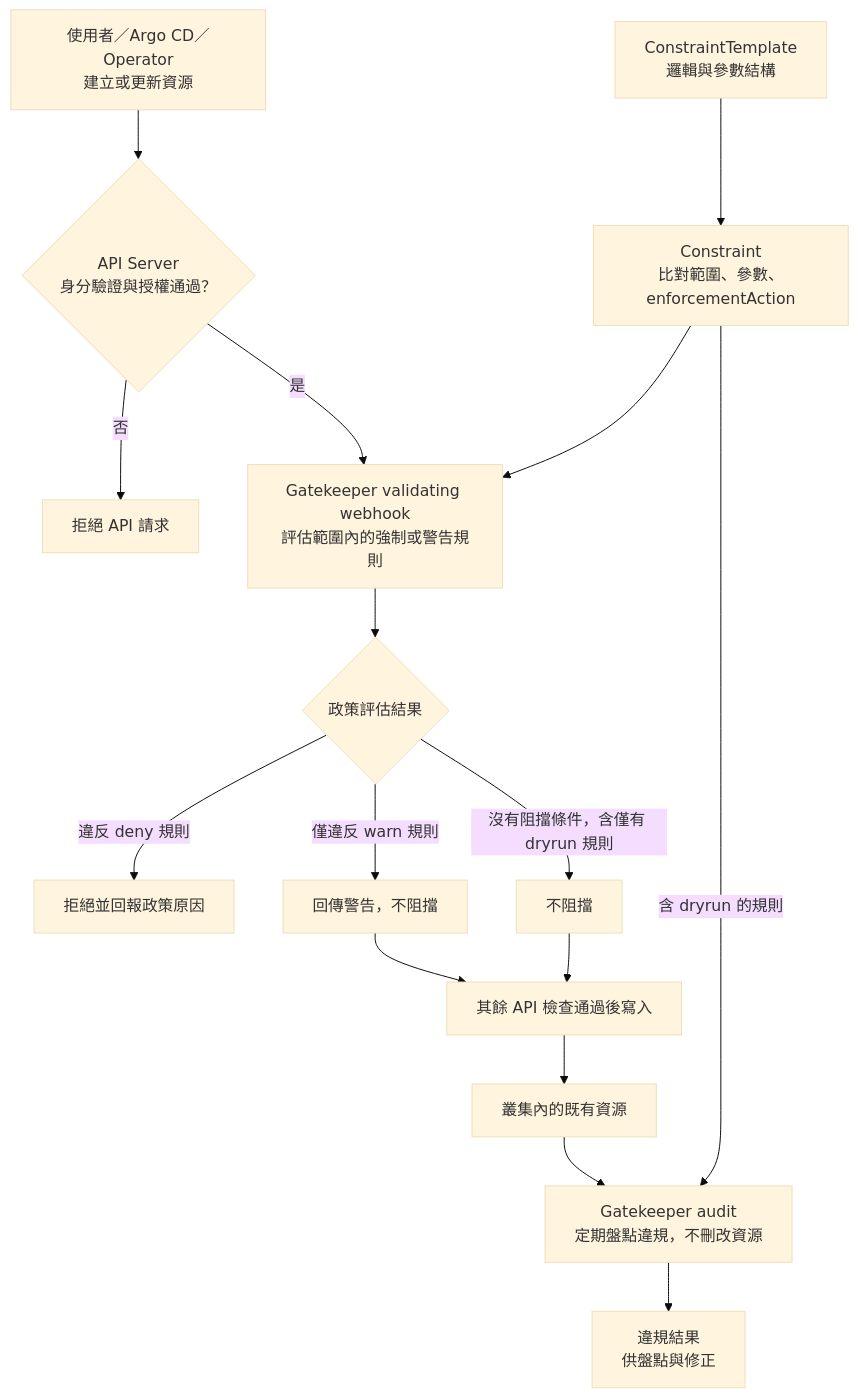
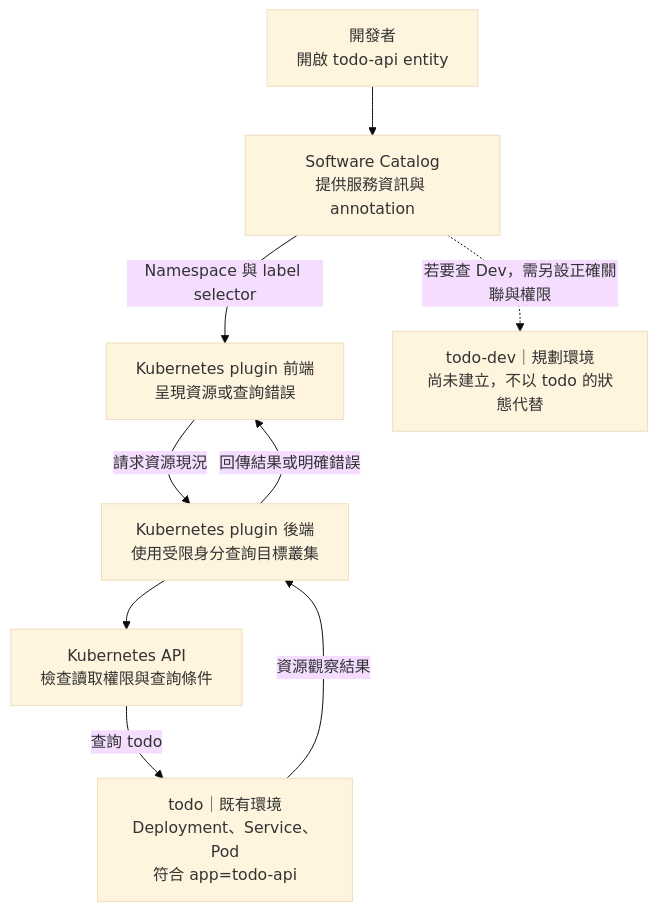
One commit to yrw9281/IT30.Platform.Engineering changed the diagram in doc/zh-tw/D26.md. Above: the diagram before and after it, drawn with Mermaid (base theme). The commit also changed other lines of this file and 30 other files, not shown here.

````diff
--- a/doc/zh-tw/D26.md
+++ b/doc/zh-tw/D26.md
@@ -21,18 +31,19 @@
 ```mermaid
 flowchart TD
-    Request["使用者／Argo CD／Operator<br/>建立或更新資源"] --> Auth{"API Server<br/>身分驗證與授權通過？"}
-    Auth -->|"否"| AuthDenied["拒絕 API 請求"]
-    Auth -->|"是"| Gate["Gatekeeper validating webhook<br/>評估範圍內的強制或警告規則"]
-    Template["ConstraintTemplate<br/>邏輯與參數結構"] --> Constraint["Constraint<br/>比對範圍、參數、enforcementAction"]
-    Constraint --> Gate
-    Gate --> Decision{"政策評估結果"}
-    Decision -->|"違反 deny 規則"| Denied["拒絕並回報政策原因"]
-    Decision -->|"僅違反 warn 規則"| Warning["回傳警告，不阻擋"]
-    Decision -->|"沒有阻擋條件，含僅有 dryrun 規則"| Pass["不阻擋"]
-    Warning --> Continue["其餘 API 檢查通過後寫入"]
-    Pass --> Continue
-    Continue --> Existing["叢集內的既有資源"]
-    Existing --> Audit["Gatekeeper audit<br/>定期盤點違規，不刪改資源"]
-    Constraint -->|"含 dryrun 的規則"| Audit
-    Audit --> Report["違規結果<br/>供盤點與修正"]
+    Developer["開發者<br/>開啟 todo-api entity"]
+    Catalog["Software Catalog<br/>提供服務資訊與 annotation"]
+    Frontend["Kubernetes plugin 前端<br/>呈現資源或查詢錯誤"]
+    Backend["Kubernetes plugin 後端<br/>使用受限身分查詢目標叢集"]
+    API["Kubernetes API<br/>檢查讀取權限與查詢條件"]
+    Current["todo｜既有環境<br/>Deployment、Service、Pod<br/>符合 app=todo-api"]
+    Dev["todo-dev｜規劃環境<br/>尚未建立，不以 todo 的狀態代替"]
+
+    Developer --> Catalog
+    Catalog -->|"Namespace 與 label selector"| Frontend
+    Frontend -->|"請求資源現況"| Backend
+    Backend --> API
+    API -->|"查詢 todo"| Current
+    Current -->|"資源觀察結果"| Backend
+    Backend -->|"回傳結果或明確錯誤"| Frontend
+    Catalog -.->|"若要查 Dev，需另設正確關聯與權限"| Dev
 ```
````
